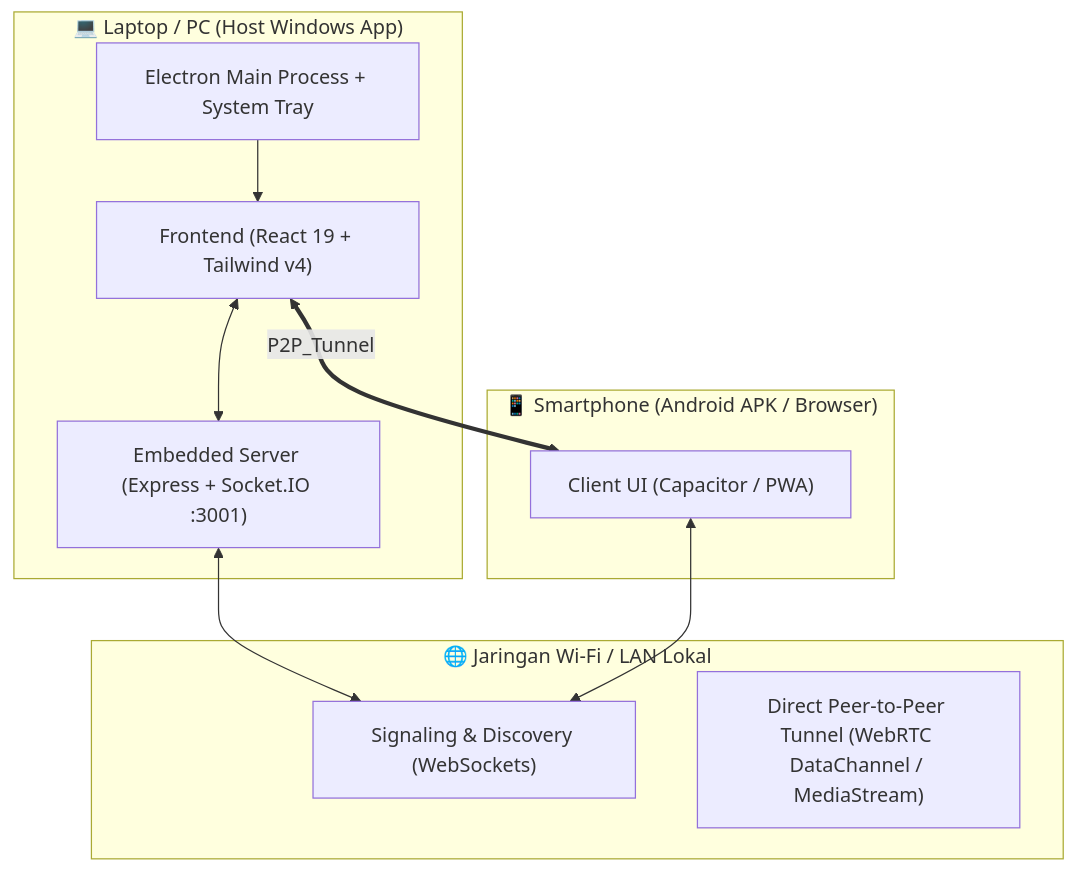
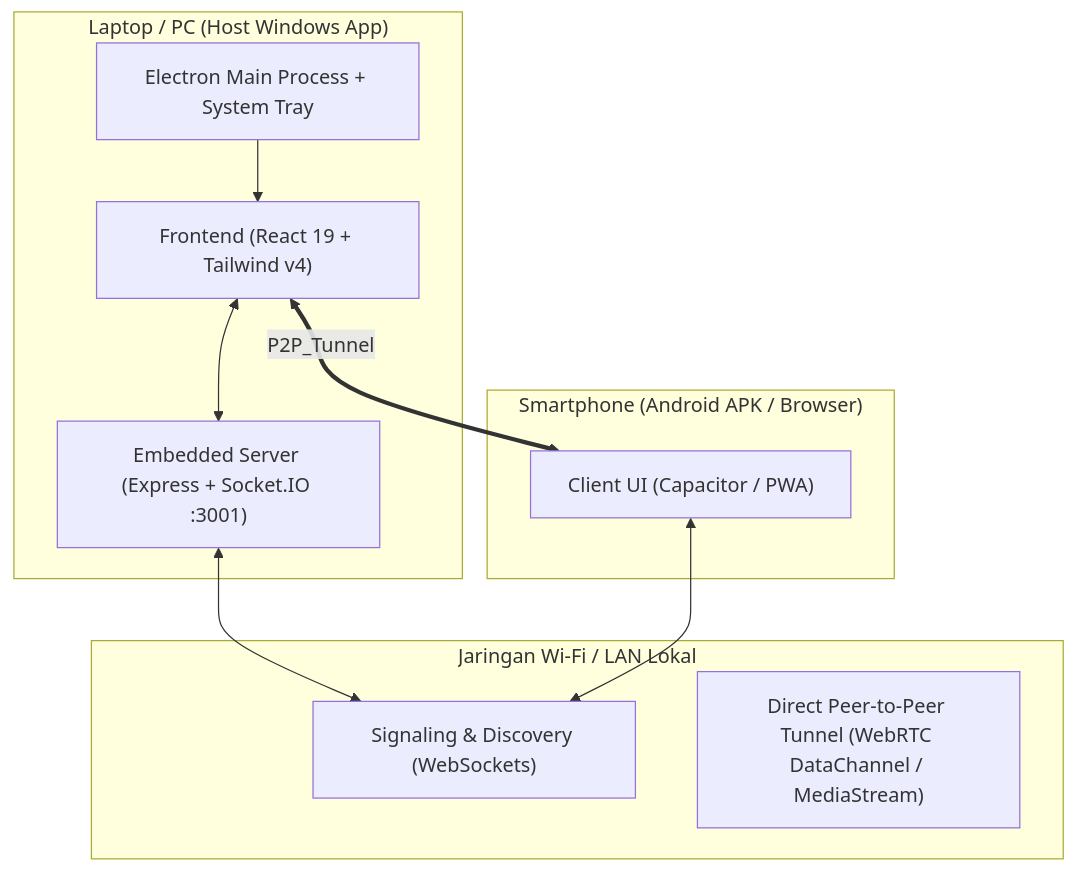
Before and after one commit to EdvanVPRoject/ENCross: the second of 2 diagrams in README.md, drawn with Mermaid. The commit also changed other lines of this file, not shown here.

````diff
--- a/README.md
+++ b/README.md
@@ -102,23 +101,23 @@
 ```mermaid
 graph TD
-    subgraph Host["💻 Laptop / PC (Host Windows App)"]
+    subgraph Host["Laptop / PC (Host Windows App)"]
         UI_PC["Frontend (React 19 + Tailwind v4)"]
         Server_Embedded["Embedded Server (Express + Socket.IO :3001)"]
         Electron_Core["Electron Main Process + System Tray"]
         UI_PC <--> Server_Embedded
         Electron_Core --> UI_PC
     end
 
-    subgraph Mobile["📱 Smartphone (Android APK / Browser)"]
+    subgraph Mobile["Smartphone (Android APK / Browser)"]
         UI_Mobile["Client UI (Capacitor / PWA)"]
     end
 
-    subgraph Network["🌐 Jaringan Wi-Fi / LAN Lokal"]
+    subgraph Network["Jaringan Wi-Fi / LAN Lokal"]
         Signaling["Signaling & Discovery (WebSockets)"]
         P2P_Tunnel["Direct Peer-to-Peer Tunnel (WebRTC DataChannel / MediaStream)"]
     end
 
     Server_Embedded <--> Signaling
     UI_Mobile <--> Signaling
     UI_PC <== P2P_Tunnel ==> UI_Mobile
 ```
````
